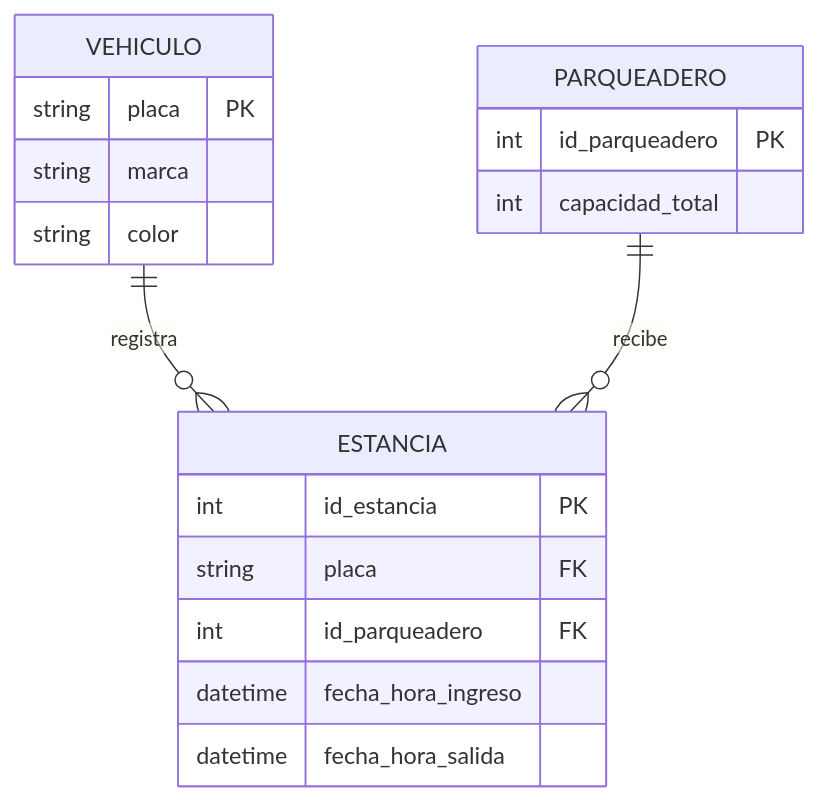
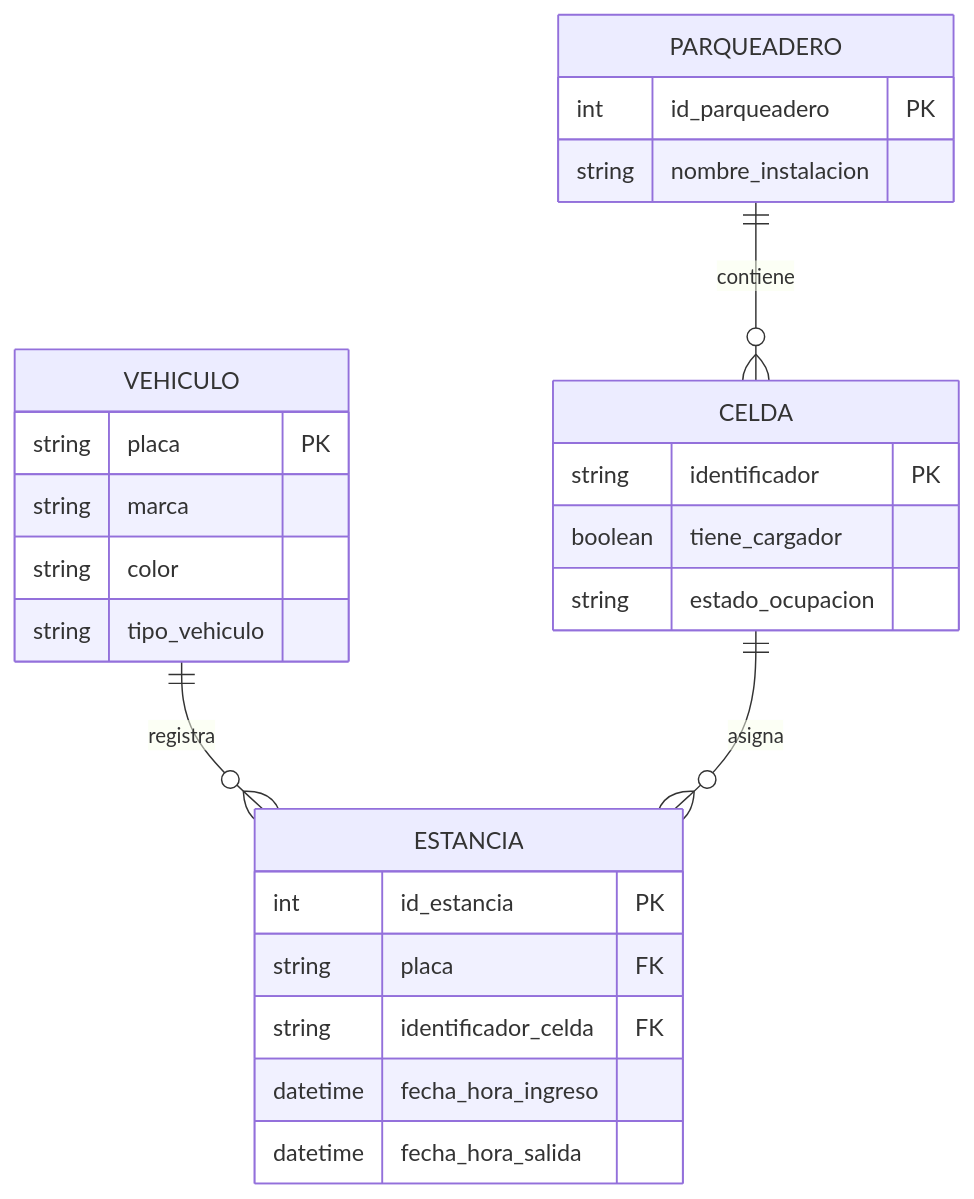
The second of 2 diagrams in 01_Documentacion/02_Diseno/DES-001_Diseno_Sistema.md (smartparking-equipo/smartparking), drawn with Mermaid before and after one commit. The commit also changed other lines of this file, not shown here.

````diff
--- a/01_Documentacion/02_Diseno/DES-001_Diseno_Sistema.md
+++ b/01_Documentacion/02_Diseno/DES-001_Diseno_Sistema.md
@@ -82,22 +83,29 @@
 ```mermaid
 erDiagram
     VEHICULO ||--o{ ESTANCIA : registra
-    PARQUEADERO ||--o{ ESTANCIA : recibe
+    CELDA ||--o{ ESTANCIA : asigna
+    PARQUEADERO ||--o{ CELDA : contiene
 
     VEHICULO {
         string placa PK
         string marca
         string color
+        string tipo_vehiculo
+    }
+    CELDA {
+        string identificador PK
+        boolean tiene_cargador
+        string estado_ocupacion
     }
     ESTANCIA {
         int id_estancia PK
         string placa FK
-        int id_parqueadero FK
+        string identificador_celda FK
         datetime fecha_hora_ingreso
         datetime fecha_hora_salida
     }
     PARQUEADERO {
         int id_parqueadero PK
-        int capacidad_total
+        string nombre_instalacion
     }
 ```
````
